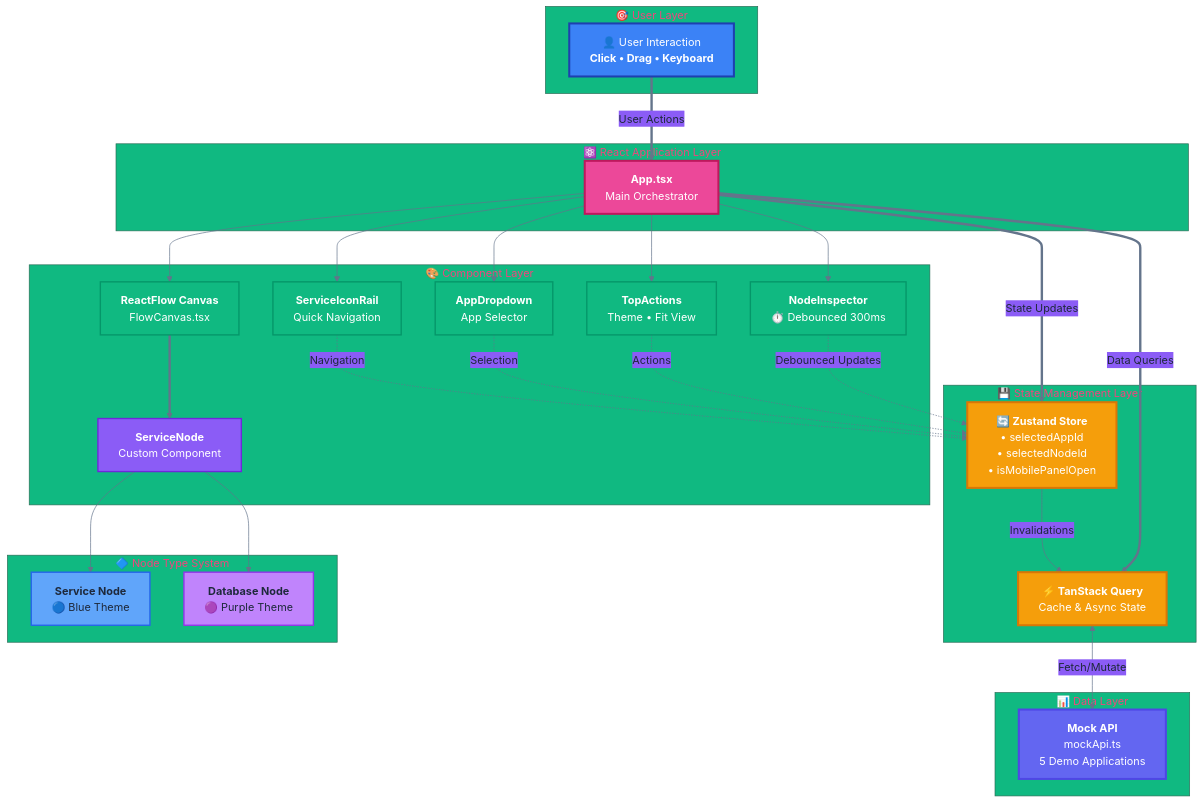
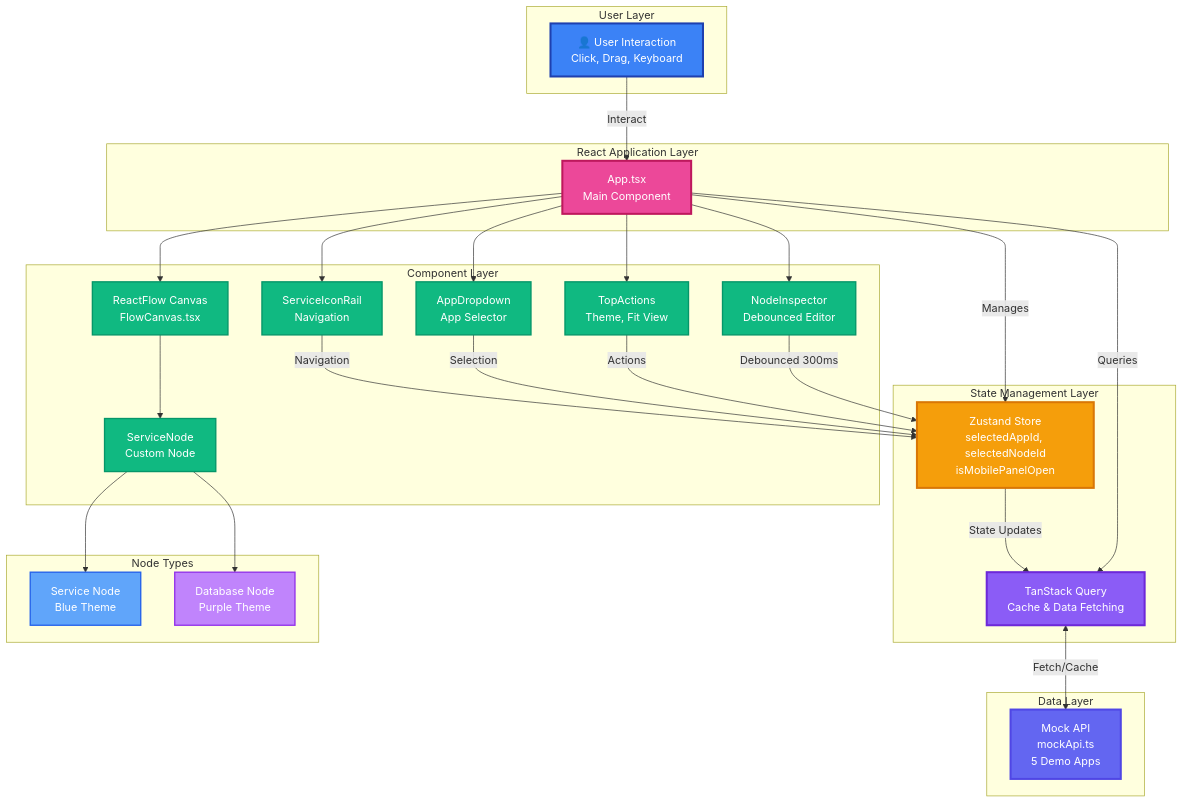
Before and after one commit to mukundjha-mj/ReactFlow-Canvas: the diagram in README.md, drawn with Mermaid.

Commit message:
readme updated

````diff
--- a/README.md
+++ b/README.md
@@ -50,73 +50,68 @@
 ```mermaid
-%%{init: {'theme':'base', 'themeVariables': { 'primaryColor':'#3b82f6','primaryTextColor':'#1e293b','primaryBorderColor':'#2563eb','lineColor':'#64748b','secondaryColor':'#8b5cf6','tertiaryColor':'#10b981','fontSize':'16px','fontFamily':'Arial'}}}%%
 graph TB
-    subgraph UserLayer["🎯 User Layer"]
-        User["👤 User Interaction<br/><b>Click • Drag • Keyboard</b>"]
+    subgraph "User Layer"
+        User[👤 User Interaction<br/>Click, Drag, Keyboard]
     end
 
-    subgraph ReactLayer["⚛️ React Application Layer"]
-        App["<b>App.tsx</b><br/>Main Orchestrator"]
+    subgraph "React Application Layer"
+        App[App.tsx<br/>Main Component]
     end
 
-    subgraph StateLayer["💾 State Management Layer"]
-        Zustand["<b>🔄 Zustand Store</b><br/>• selectedAppId<br/>• selectedNodeId<br/>• isMobilePanelOpen"]
-        Query["<b>⚡ TanStack Query</b><br/>Cache & Async State"]
+    subgraph "State Management Layer"
+        Zustand[Zustand Store<br/>selectedAppId, selectedNodeId<br/>isMobilePanelOpen]
+        Query[TanStack Query<br/>Cache & Data Fetching]
     end
 
-    subgraph ComponentLayer["🎨 Component Layer"]
-        TopBar["<b>TopActions</b><br/>Theme • Fit View"]
-        Dropdown["<b>AppDropdown</b><br/>App Selector"]
-        Canvas["<b>ReactFlow Canvas</b><br/>FlowCanvas.tsx"]
-        ServiceNode["<b>ServiceNode</b><br/>Custom Component"]
-        IconRail["<b>ServiceIconRail</b><br/>Quick Navigation"]
-        Inspector["<b>NodeInspector</b><br/>⏱️ Debounced 300ms"]
+    subgraph "Component Layer"
+        TopBar[TopActions<br/>Theme, Fit View]
+        Dropdown[AppDropdown<br/>App Selector]
+        Canvas[ReactFlow Canvas<br/>FlowCanvas.tsx]
+        ServiceNode[ServiceNode<br/>Custom Node]
+        IconRail[ServiceIconRail<br/>Navigation]
+        Inspector[NodeInspector<br/>Debounced Editor]
     end
 
-    subgraph NodeTypes["🔷 Node Type System"]
-        ServiceType["<b>Service Node</b><br/>🔵 Blue Theme"]
-        DatabaseType["<b>Database Node</b><br/>🟣 Purple Theme"]
+    subgraph "Node Types"
+        ServiceType[Service Node<br/>Blue Theme]
+        DatabaseType[Database Node<br/>Purple Theme]
     end
 
-    subgraph DataLayer["📊 Data Layer"]
-        MockAPI["<b>Mock API</b><br/>mockApi.ts<br/>5 Demo Applications"]
+    subgraph "Data Layer"
+        MockAPI[Mock API<br/>mockApi.ts<br/>5 Demo Apps]
     end
 
-    User ==>|"User Actions"| App
-    App ==>|"State Updates"| Zustand
-    App ==>|"Data Queries"| Query
-    Query <-->|"Fetch/Mutate"| MockAPI
-    Zustand -->|"Invalidations"| Query
+    User -->|Interact| App
+    App -->|Manages| Zustand
+    App -->|Queries| Query
+    Query <-->|Fetch/Cache| MockAPI
+    Zustand -->|State Updates| Query
     
     App --> TopBar
     App --> Dropdown
     App --> Canvas
     App --> IconRail
     App --> Inspector
     
-    Canvas ==> ServiceNode
+    Canvas --> ServiceNode
     ServiceNode --> ServiceType
     ServiceNode --> DatabaseType
     
-    Inspector -.->|"Debounced Updates"| Zustand
-    TopBar -.->|"Actions"| Zustand
-    Dropdown -.->|"Selection"| Zustand
-    IconRail -.->|"Navigation"| Zustand
+    Inspector -->|Debounced 300ms| Zustand
+    TopBar -->|Actions| Zustand
+    Dropdown -->|Selection| Zustand
+    IconRail -->|Navigation| Zustand
 
-    classDef userStyle fill:#3b82f6,stroke:#1e40af,stroke-width:3px,color:#fff
-    classDef appStyle fill:#ec4899,stroke:#be185d,stroke-width:3px,color:#fff
-    classDef stateStyle fill:#f59e0b,stroke:#d97706,stroke-width:3px,color:#fff
-    classDef componentStyle fill:#10b981,stroke:#059669,stroke-width:2px,color:#fff
-    classDef nodeStyle fill:#8b5cf6,stroke:#6d28d9,stroke-width:2px,color:#fff
-    classDef dataStyle fill:#6366f1,stroke:#4f46e5,stroke-width:3px,color:#fff
-    classDef serviceNodeStyle fill:#60a5fa,stroke:#2563eb,stroke-width:2px,color:#1e293b
-    classDef dbNodeStyle fill:#c084fc,stroke:#9333ea,stroke-width:2px,color:#1e293b
-
-    class User userStyle
-    class App appStyle
-    class Zustand,Query stateStyle
-    class TopBar,Dropdown,Canvas,IconRail,Inspector componentStyle
-    class ServiceNode nodeStyle
-    class MockAPI dataStyle
-    class ServiceType serviceNodeStyle
-    class DatabaseType dbNodeStyle
+    style User fill:#3b82f6,stroke:#1e40af,stroke-width:3px,color:#ffffff
+    style App fill:#ec4899,stroke:#be185d,stroke-width:3px,color:#ffffff
+    style Zustand fill:#f59e0b,stroke:#d97706,stroke-width:3px,color:#ffffff
+    style Query fill:#8b5cf6,stroke:#6d28d9,stroke-width:3px,color:#ffffff
+    style MockAPI fill:#6366f1,stroke:#4f46e5,stroke-width:3px,color:#ffffff
+    style TopBar fill:#10b981,stroke:#059669,stroke-width:2px,color:#ffffff
+    style Dropdown fill:#10b981,stroke:#059669,stroke-width:2px,color:#ffffff
+    style Canvas fill:#10b981,stroke:#059669,stroke-width:2px,color:#ffffff
+    style ServiceNode fill:#10b981,stroke:#059669,stroke-width:2px,color:#ffffff
+    style IconRail fill:#10b981,stroke:#059669,stroke-width:2px,color:#ffffff
+    style Inspector fill:#10b981,stroke:#059669,stroke-width:2px,color:#ffffff
+    style ServiceType fill:#60a5fa,stroke:#2563eb,stroke-width:2px,color:#ffffff
+    style DatabaseType fill:#c084fc,stroke:#9333ea,stroke-width:2px,color:#ffffff
 ```
````
